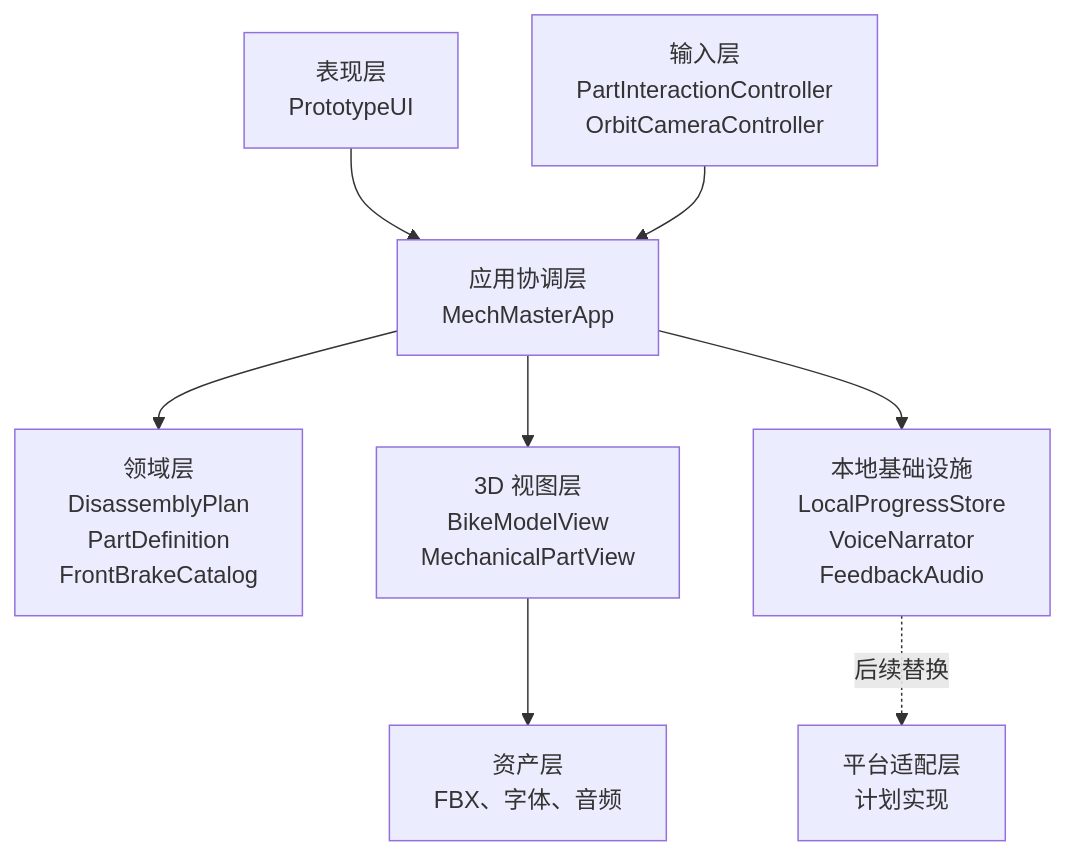
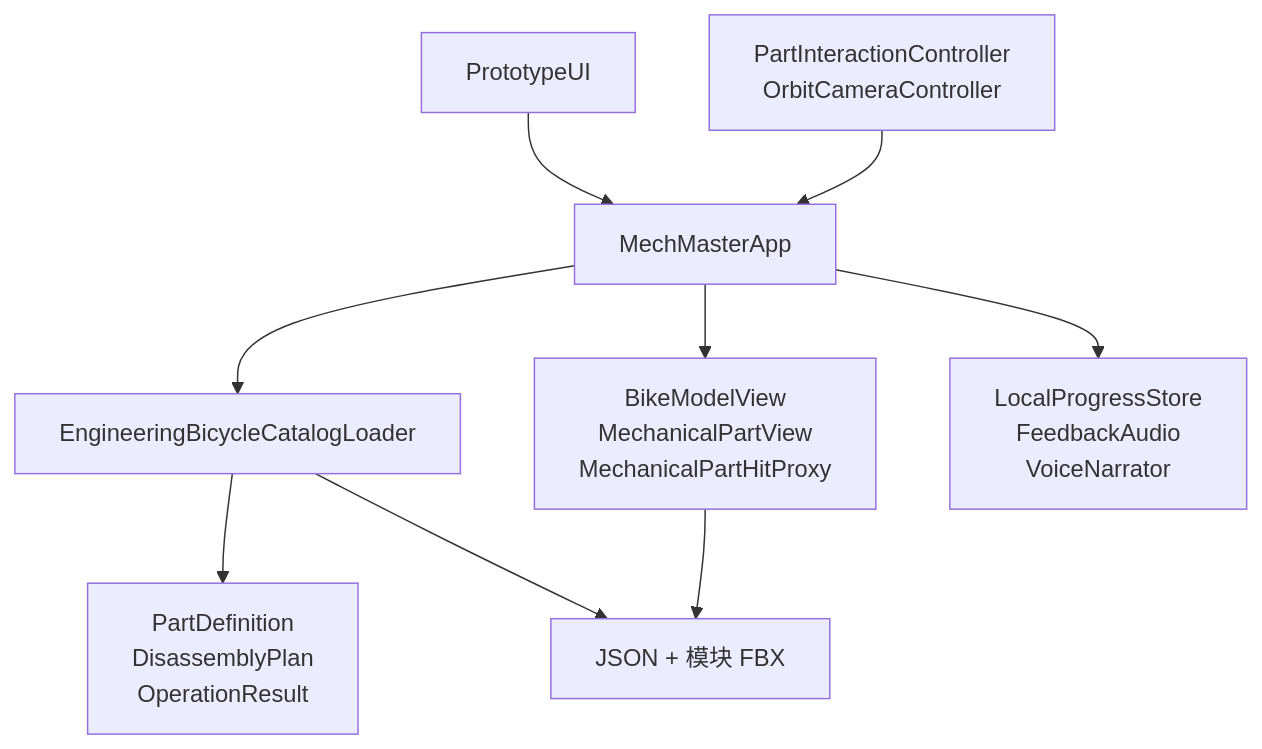
One commit to arsene56/mech-master changed the second of 3 diagrams in Docs/ARCHITECTURE.md. Above: the diagram before and after it, drawn with Mermaid. The commit also changed other lines of this file and 137 other files, not shown here.

````diff
--- a/Docs/ARCHITECTURE.md
+++ b/Docs/ARCHITECTURE.md
@@ -44,19 +38,20 @@
 ```mermaid
 flowchart TB
-    UI[表现层<br/>PrototypeUI]
-    Input[输入层<br/>PartInteractionController<br/>OrbitCameraController]
-    App[应用协调层<br/>MechMasterApp]
-    Domain[领域层<br/>DisassemblyPlan<br/>PartDefinition<br/>FrontBrakeCatalog]
-    View[3D 视图层<br/>BikeModelView<br/>MechanicalPartView]
-    Infra[本地基础设施<br/>LocalProgressStore<br/>VoiceNarrator<br/>FeedbackAudio]
-    Assets[资产层<br/>FBX、字体、音频]
-    Platform[平台适配层<br/>计划实现]
+    UI[PrototypeUI]
+    Input[PartInteractionController<br/>OrbitCameraController]
+    App[MechMasterApp]
+    Loader[EngineeringBicycleCatalogLoader]
+    Domain[PartDefinition<br/>DisassemblyPlan<br/>OperationResult]
+    Binding[BikeModelView<br/>MechanicalPartView<br/>MechanicalPartHitProxy]
+    Infra[LocalProgressStore<br/>FeedbackAudio<br/>VoiceNarrator]
+    Assets[JSON + 模块 FBX]
 
     UI --> App
     Input --> App
-    App --> Domain
-    App --> View
+    App --> Loader
+    Loader --> Domain
+    Loader --> Assets
+    App --> Binding
+    Binding --> Assets
     App --> Infra
-    View --> Assets
-    Infra -. 后续替换 .-> Platform
 ```
````
